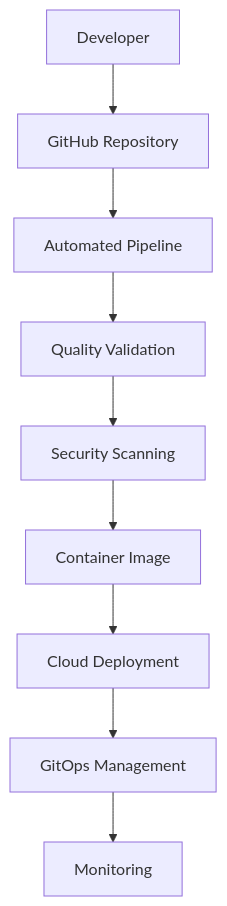
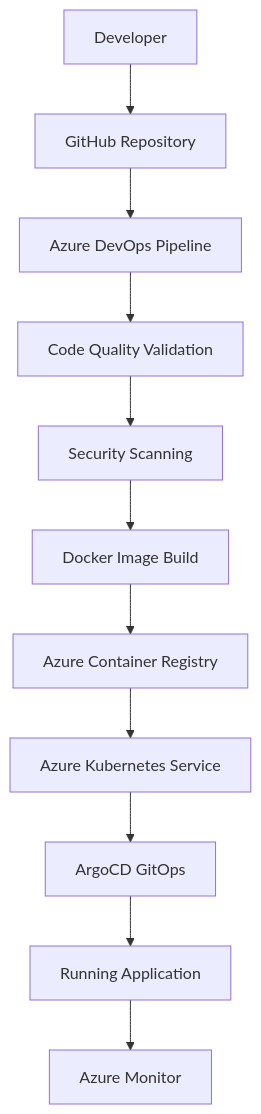
Before and after one commit to bymalathi/flavorforge-azure-devsecops-capstone: the third of 29 diagrams in README.md, drawn with Mermaid. The commit also changed other lines of this file, not shown here.

````diff
--- a/README.md
+++ b/README.md
@@ -127,21 +154,25 @@
 ```mermaid
 flowchart TD
     A[Developer]
     B[GitHub Repository]
-    C[Automated Pipeline]
-    D[Quality Validation]
+    C[Azure DevOps Pipeline]
+    D[Code Quality Validation]
     E[Security Scanning]
-    F[Container Image]
-    G[Cloud Deployment]
-    H[GitOps Management]
-    I[Monitoring]
+    F[Docker Image Build]
+    G[Azure Container Registry]
+    H[Azure Kubernetes Service]
+    I[ArgoCD GitOps]
+    J[Running Application]
+    K[Azure Monitor]
 
     A --> B
     B --> C
     C --> D
     D --> E
     E --> F
     F --> G
     G --> H
     H --> I
+    I --> J
+    J --> K
 ```
````
